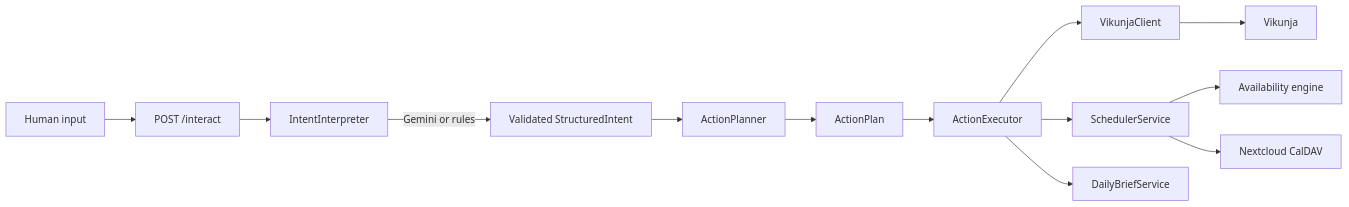
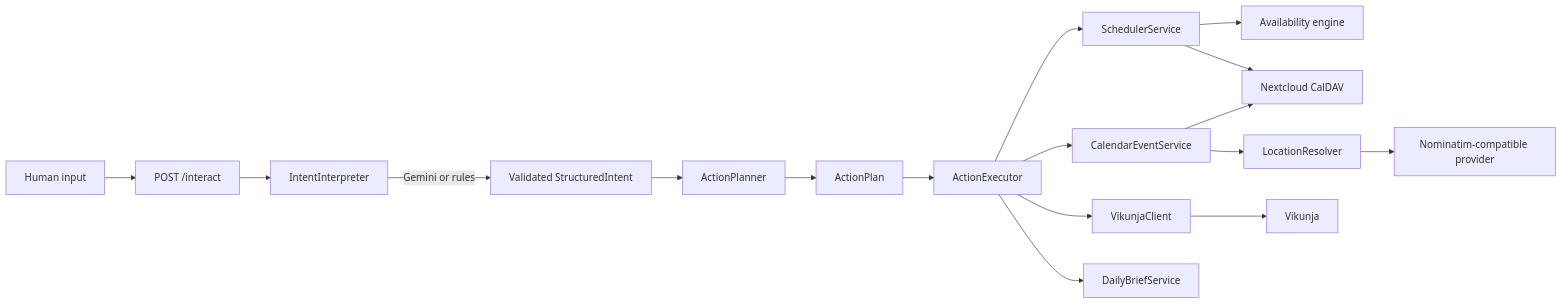
Before and after one commit to daviswmiller057/beacon-api: the diagram in INTAKE_ARCHITECTURE.md, drawn with Mermaid. The commit also changed other lines of this file and 31 other files, not shown here.

````diff
--- a/INTAKE_ARCHITECTURE.md
+++ b/INTAKE_ARCHITECTURE.md
@@ -6,15 +6,19 @@
 ```mermaid
 flowchart LR
     H[Human input] --> API[POST /interact]
     API --> I[IntentInterpreter]
     I -->|Gemini or rules| SI[Validated StructuredIntent]
     SI --> P[ActionPlanner]
     P --> AP[ActionPlan]
     AP --> E[ActionExecutor]
+    E --> CE[CalendarEventService]
     E --> V[VikunjaClient]
     E --> S[SchedulerService]
     E --> D[DailyBriefService]
     S --> A[Availability engine]
     S --> C[Nextcloud CalDAV]
+    CE --> LR[LocationResolver]
+    LR --> GP[Nominatim-compatible provider]
+    CE --> C
     V --> VS[Vikunja]
 ```
````
